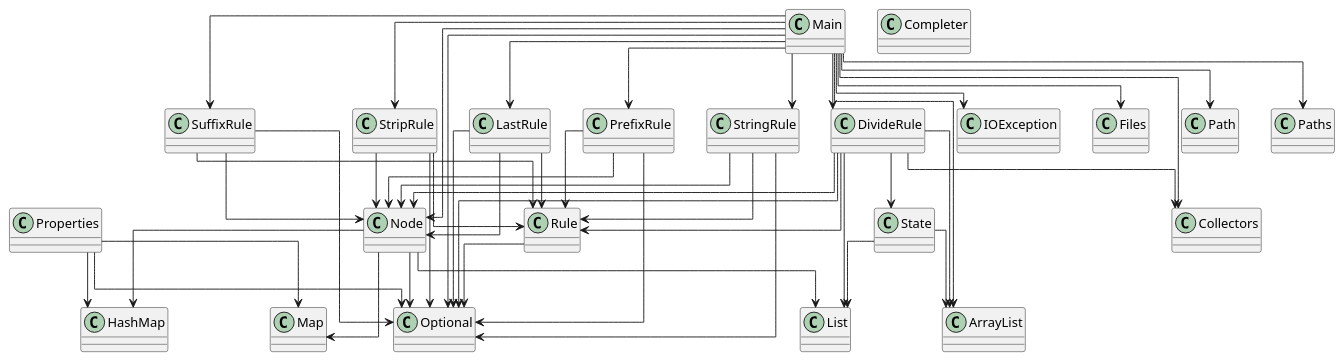
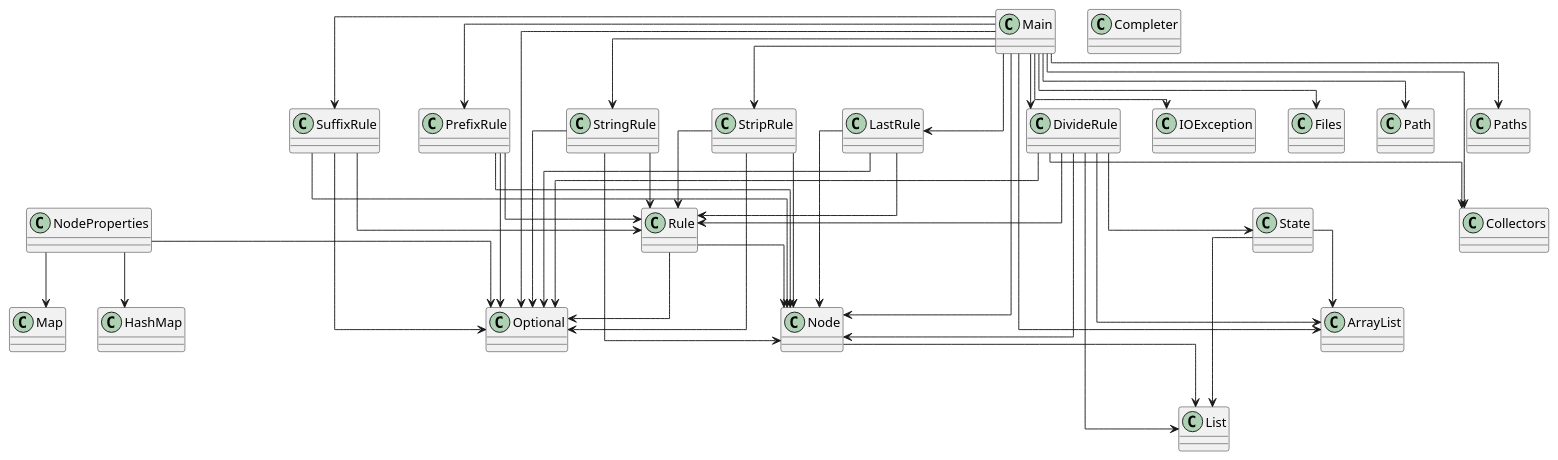
Before and after one commit to SirMathhman/Magma: the diagram in diagram.puml, drawn with PlantUML. The commit also changed 13 other files, not shown here.

```diff
--- a/diagram.puml
+++ b/diagram.puml
@@ -1,61 +1,59 @@
 @startuml
 skinparam linetype ortho
-class Node
-Node --> HashMap
-Node --> List
-Node --> Map
-Node --> Optional
-class Properties
-Properties --> HashMap
-Properties --> Map
-Properties --> Optional
 class SuffixRule
 SuffixRule --> Node
 SuffixRule --> Rule
 SuffixRule --> Optional
+class Node
+Node --> List
+class NodeProperties
+NodeProperties --> HashMap
+NodeProperties --> Map
+NodeProperties --> Optional
 class Rule
+Rule --> Node
 Rule --> Optional
 class StripRule
 StripRule --> Node
 StripRule --> Rule
 StripRule --> Optional
+class Completer
 class LastRule
 LastRule --> Node
 LastRule --> Rule
 LastRule --> Optional
 class Main
 Main --> Node
 Main --> DivideRule
 Main --> LastRule
 Main --> PrefixRule
 Main --> StringRule
 Main --> StripRule
 Main --> SuffixRule
 Main --> IOException
 Main --> Files
 Main --> Path
 Main --> Paths
 Main --> ArrayList
 Main --> Optional
 Main --> Collectors
-class Completer
 class DivideRule
 DivideRule --> Node
 DivideRule --> Rule
 DivideRule --> State
 DivideRule --> ArrayList
 DivideRule --> List
 DivideRule --> Optional
 DivideRule --> Collectors
 class PrefixRule
 PrefixRule --> Node
 PrefixRule --> Rule
 PrefixRule --> Optional
 class StringRule
 StringRule --> Node
 StringRule --> Rule
 StringRule --> Optional
 class State
 State --> ArrayList
 State --> List
 @enduml
```
